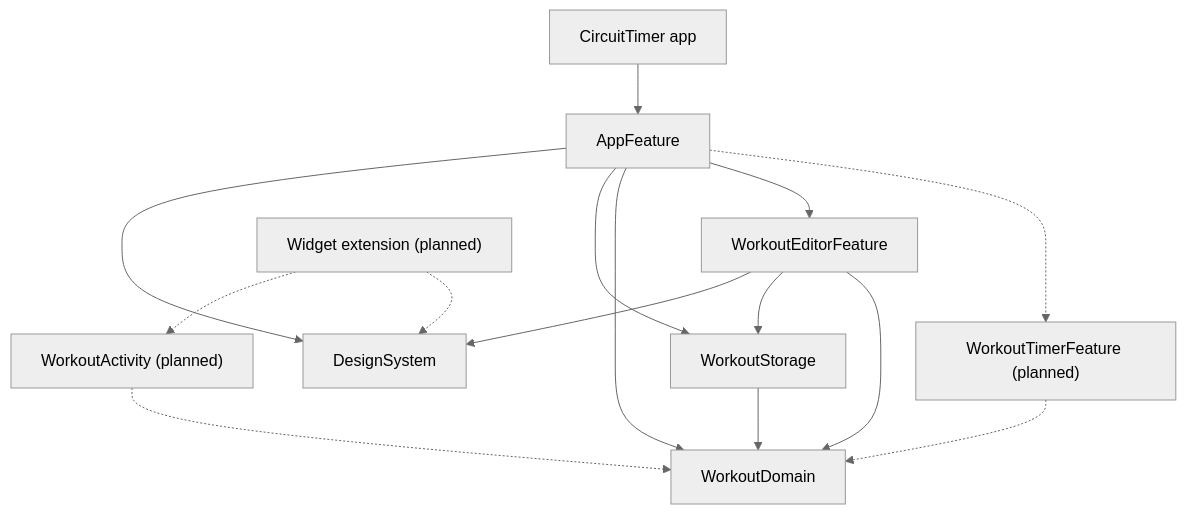
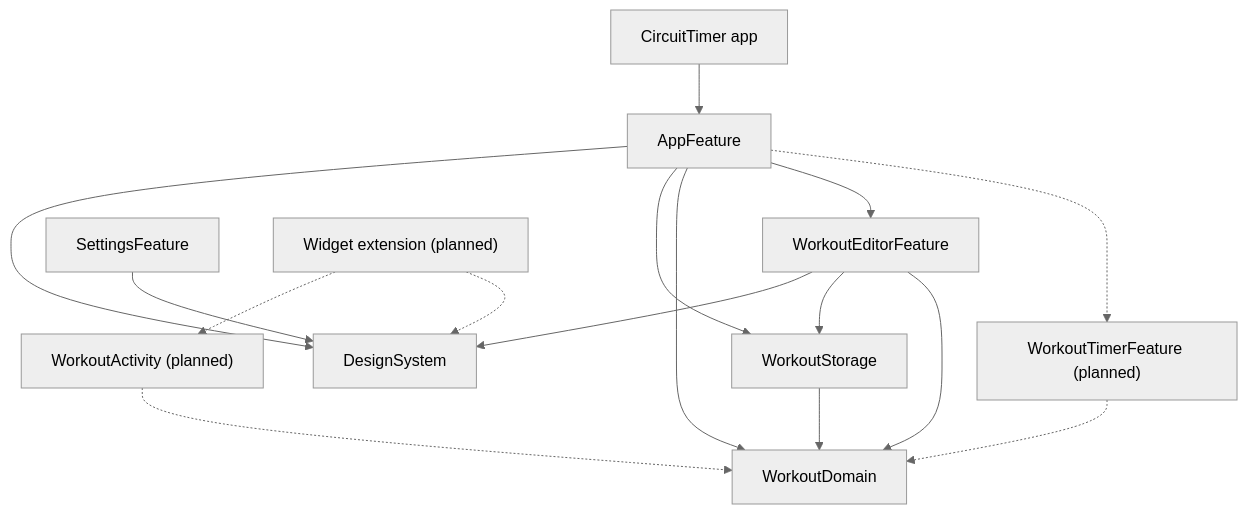
Before and after one commit to akrementsov/CircuitTimer: the diagram in README.md, drawn with Mermaid (neutral theme). The commit also changed other lines of this file and 9 other files, not shown here.

Commit message:
CT-UI-3: Add the Settings feature with About and legal pages

````diff
--- a/README.md
+++ b/README.md
@@ -22,17 +22,18 @@
 ```mermaid
 graph TD
     App["CircuitTimer app"] --> AppFeature
     AppFeature --> DesignSystem
     AppFeature --> WorkoutStorage
     AppFeature --> WorkoutDomain
     AppFeature --> WorkoutEditorFeature
     WorkoutEditorFeature --> DesignSystem
     WorkoutEditorFeature --> WorkoutStorage
     WorkoutEditorFeature --> WorkoutDomain
+    SettingsFeature --> DesignSystem
     WorkoutStorage --> WorkoutDomain
     AppFeature -.-> WorkoutTimerFeature["WorkoutTimerFeature (planned)"]
     WorkoutTimerFeature -.-> WorkoutDomain
     Widget["Widget extension (planned)"] -.-> WorkoutActivity["WorkoutActivity (planned)"]
     Widget -.-> DesignSystem
     WorkoutActivity -.-> WorkoutDomain
 ```
````
